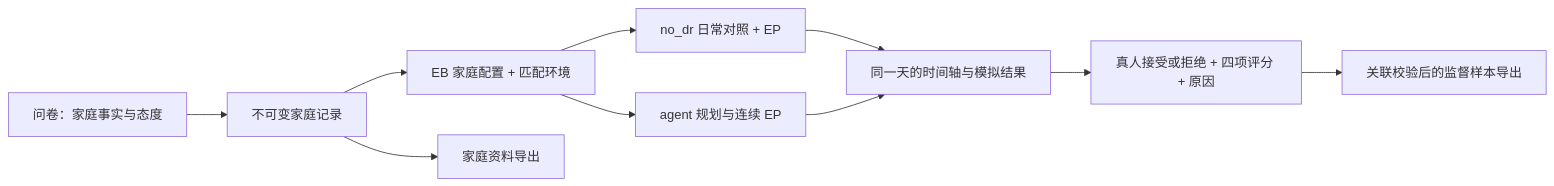
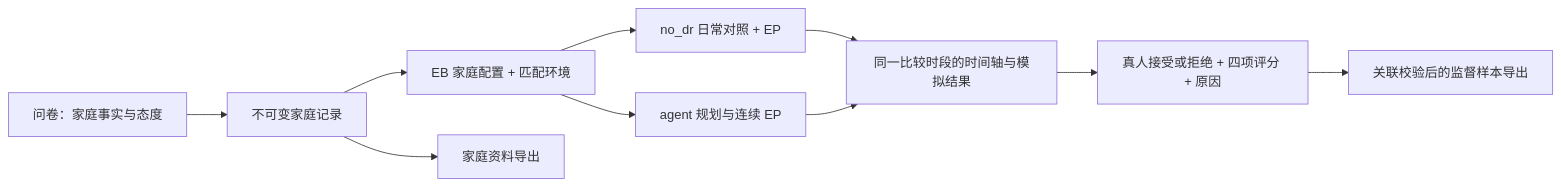
The diagram in README.md (Fanmili-5/energybridge-household-survey), drawn with Mermaid before and after one commit. The commit also changed other lines of this file and 27 other files, not shown here.

````diff
--- a/README.md
+++ b/README.md
@@ -7,12 +7,12 @@
 ```mermaid
 flowchart LR
     A[问卷：家庭事实与态度] --> B[不可变家庭记录]
     B --> C[EB 家庭配置 + 匹配环境]
     C --> D[no_dr 日常对照 + EP]
     C --> E[agent 规划与连续 EP]
-    D --> F[同一天的时间轴与模拟结果]
+    D --> F[同一比较时段的时间轴与模拟结果]
     E --> F
     F --> G[真人接受或拒绝 + 四项评分 + 原因]
     B --> H[家庭资料导出]
     G --> I[关联校验后的监督样本导出]
 ```
````
